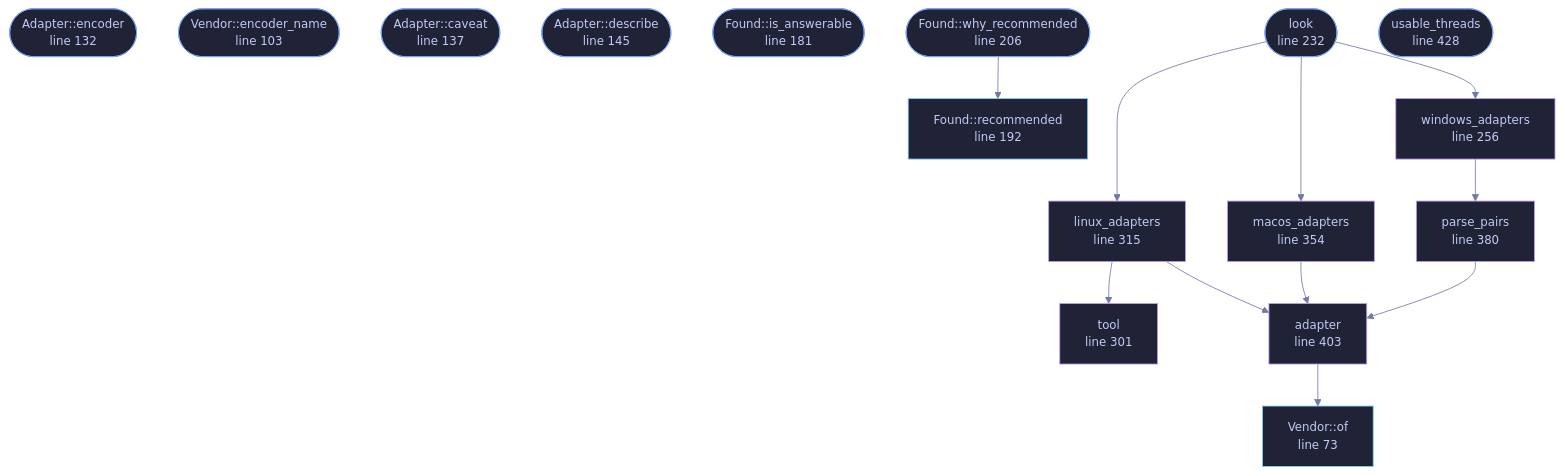
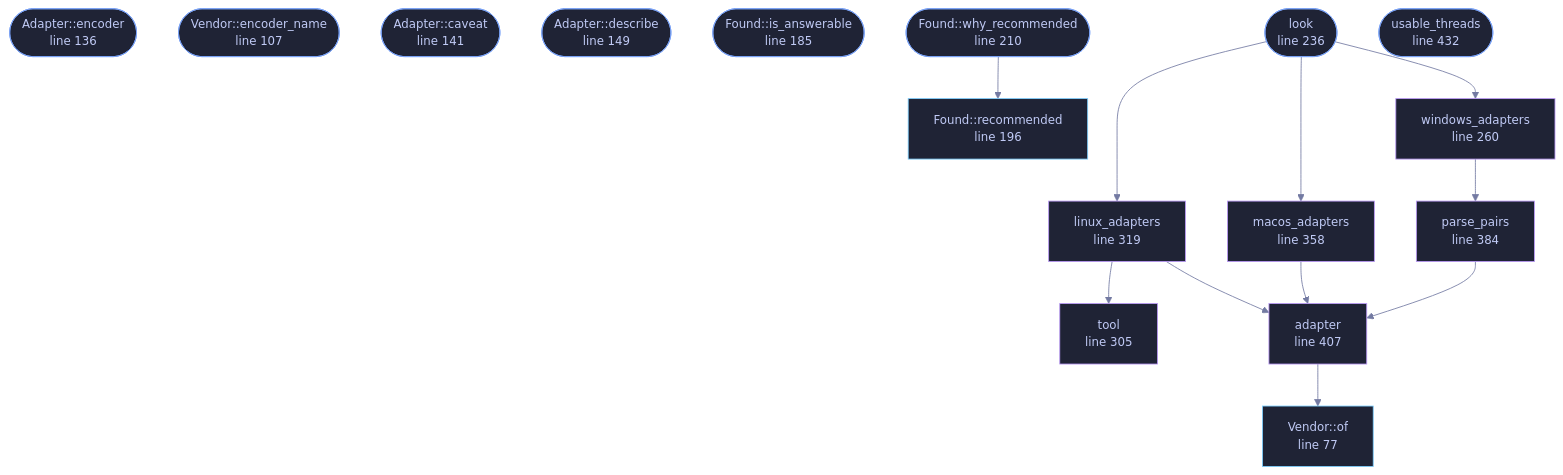
One commit to tilas01/veilvoice changed the diagram in docs/files/veilvoice-video/accel.md. Above: the diagram before and after it, drawn with Mermaid. The commit also changed other lines of this file and 38 other files, not shown here.

````diff
--- a/docs/files/veilvoice-video/accel.md
+++ b/docs/files/veilvoice-video/accel.md
@@ -119,54 +119,54 @@
 ```mermaid
 %%{init: {"theme":"base","themeVariables":{"background":"#1a1b26","primaryColor":"#1f2335","primaryTextColor":"#c0caf5","primaryBorderColor":"#7aa2f7","secondaryColor":"#16161e","tertiaryColor":"#16161e","lineColor":"#737aa2","textColor":"#c0caf5","mainBkg":"#1f2335","nodeBorder":"#7aa2f7","clusterBkg":"#16161e","clusterBorder":"#2f3549","fontFamily":"ui-monospace, SFMono-Regular, Consolas, monospace","fontSize":"14px"}}}%%
 flowchart TD
-    n_of["Vendor::of<br/>line 73"]
-    n_encoder(["Vendor::encoder<br/>line 92"])
-    n_encoder_name(["Vendor::encoder_name<br/>line 103"])
-    n_encoder(["Adapter::encoder<br/>line 132"])
-    n_caveat(["Adapter::caveat<br/>line 137"])
-    n_describe(["Adapter::describe<br/>line 145"])
-    n_is_answerable(["Found::is_answerable<br/>line 181"])
-    n_recommended["Found::recommended<br/>line 192"]
-    n_why_recommended(["Found::why_recommended<br/>line 206"])
-    n_look(["look<br/>line 232"])
-    n_windows_adapters["windows_adapters<br/>line 256"]
-    n_tool["tool<br/>line 301"]
-    n_linux_adapters["linux_adapters<br/>line 315"]
-    n_macos_adapters["macos_adapters<br/>line 354"]
-    n_parse_pairs["parse_pairs<br/>line 380"]
-    n_adapter["adapter<br/>line 403"]
-    n_usable_threads(["usable_threads<br/>line 428"])
+    n_of["Vendor::of<br/>line 77"]
+    n_encoder(["Vendor::encoder<br/>line 96"])
+    n_encoder_name(["Vendor::encoder_name<br/>line 107"])
+    n_encoder(["Adapter::encoder<br/>line 136"])
+    n_caveat(["Adapter::caveat<br/>line 141"])
+    n_describe(["Adapter::describe<br/>line 149"])
+    n_is_answerable(["Found::is_answerable<br/>line 185"])
+    n_recommended["Found::recommended<br/>line 196"]
+    n_why_recommended(["Found::why_recommended<br/>line 210"])
+    n_look(["look<br/>line 236"])
+    n_windows_adapters["windows_adapters<br/>line 260"]
+    n_tool["tool<br/>line 305"]
+    n_linux_adapters["linux_adapters<br/>line 319"]
+    n_macos_adapters["macos_adapters<br/>line 358"]
+    n_parse_pairs["parse_pairs<br/>line 384"]
+    n_adapter["adapter<br/>line 407"]
+    n_usable_threads(["usable_threads<br/>line 432"])
     n_adapter --> n_of
     n_linux_adapters --> n_adapter
     n_linux_adapters --> n_tool
     n_look --> n_linux_adapters
     n_look --> n_macos_adapters
     n_look --> n_windows_adapters
     n_macos_adapters --> n_adapter
     n_parse_pairs --> n_adapter
     n_why_recommended --> n_recommended
     n_windows_adapters --> n_parse_pairs
-    click n_of href "https://github.com/tilas01/veilvoice/blob/main/crates/veilvoice-video/src/accel.rs#L73" "open the source"
-    click n_encoder href "https://github.com/tilas01/veilvoice/blob/main/crates/veilvoice-video/src/accel.rs#L92" "open the source"
-    click n_encoder_name href "https://github.com/tilas01/veilvoice/blob/main/crates/veilvoice-video/src/accel.rs#L103" "open the source"
-    click n_encoder href "https://github.com/tilas01/veilvoice/blob/main/crates/veilvoice-video/src/accel.rs#L132" "open the source"
-    click n_caveat href "https://github.com/tilas01/veilvoice/blob/main/crates/veilvoice-video/src/accel.rs#L137" "open the source"
-    click n_describe href "https://github.com/tilas01/veilvoice/blob/main/crates/veilvoice-video/src/accel.rs#L145" "open the source"
-    click n_is_answerable href "https://github.com/tilas01/veilvoice/blob/main/crates/veilvoice-video/src/accel.rs#L181" "open the source"
-    click n_recommended href "https://github.com/tilas01/veilvoice/blob/main/crates/veilvoice-video/src/accel.rs#L192" "open the source"
-    click n_why_recommended href "https://github.com/tilas01/veilvoice/blob/main/crates/veilvoice-video/src/accel.rs#L206" "open the source"
-    click n_look href "https://github.com/tilas01/veilvoice/blob/main/crates/veilvoice-video/src/accel.rs#L232" "open the source"
-    click n_windows_adapters href "https://github.com/tilas01/veilvoice/blob/main/crates/veilvoice-video/src/accel.rs#L256" "open the source"
-    click n_tool href "https://github.com/tilas01/veilvoice/blob/main/crates/veilvoice-video/src/accel.rs#L301" "open the source"
-    click n_linux_adapters href "https://github.com/tilas01/veilvoice/blob/main/crates/veilvoice-video/src/accel.rs#L315" "open the source"
-    click n_macos_adapters href "https://github.com/tilas01/veilvoice/blob/main/crates/veilvoice-video/src/accel.rs#L354" "open the source"
-    click n_parse_pairs href "https://github.com/tilas01/veilvoice/blob/main/crates/veilvoice-video/src/accel.rs#L380" "open the source"
-    click n_adapter href "https://github.com/tilas01/veilvoice/blob/main/crates/veilvoice-video/src/accel.rs#L403" "open the source"
-    click n_usable_threads href "https://github.com/tilas01/veilvoice/blob/main/crates/veilvoice-video/src/accel.rs#L428" "open the source"
+    click n_of href "https://github.com/tilas01/veilvoice/blob/main/crates/veilvoice-video/src/accel.rs#L77" "open the source"
+    click n_encoder href "https://github.com/tilas01/veilvoice/blob/main/crates/veilvoice-video/src/accel.rs#L96" "open the source"
+    click n_encoder_name href "https://github.com/tilas01/veilvoice/blob/main/crates/veilvoice-video/src/accel.rs#L107" "open the source"
+    click n_encoder href "https://github.com/tilas01/veilvoice/blob/main/crates/veilvoice-video/src/accel.rs#L136" "open the source"
+    click n_caveat href "https://github.com/tilas01/veilvoice/blob/main/crates/veilvoice-video/src/accel.rs#L141" "open the source"
+    click n_describe href "https://github.com/tilas01/veilvoice/blob/main/crates/veilvoice-video/src/accel.rs#L149" "open the source"
+    click n_is_answerable href "https://github.com/tilas01/veilvoice/blob/main/crates/veilvoice-video/src/accel.rs#L185" "open the source"
+    click n_recommended href "https://github.com/tilas01/veilvoice/blob/main/crates/veilvoice-video/src/accel.rs#L196" "open the source"
+    click n_why_recommended href "https://github.com/tilas01/veilvoice/blob/main/crates/veilvoice-video/src/accel.rs#L210" "open the source"
+    click n_look href "https://github.com/tilas01/veilvoice/blob/main/crates/veilvoice-video/src/accel.rs#L236" "open the source"
+    click n_windows_adapters href "https://github.com/tilas01/veilvoice/blob/main/crates/veilvoice-video/src/accel.rs#L260" "open the source"
+    click n_tool href "https://github.com/tilas01/veilvoice/blob/main/crates/veilvoice-video/src/accel.rs#L305" "open the source"
+    click n_linux_adapters href "https://github.com/tilas01/veilvoice/blob/main/crates/veilvoice-video/src/accel.rs#L319" "open the source"
+    click n_macos_adapters href "https://github.com/tilas01/veilvoice/blob/main/crates/veilvoice-video/src/accel.rs#L358" "open the source"
+    click n_parse_pairs href "https://github.com/tilas01/veilvoice/blob/main/crates/veilvoice-video/src/accel.rs#L384" "open the source"
+    click n_adapter href "https://github.com/tilas01/veilvoice/blob/main/crates/veilvoice-video/src/accel.rs#L407" "open the source"
+    click n_usable_threads href "https://github.com/tilas01/veilvoice/blob/main/crates/veilvoice-video/src/accel.rs#L432" "open the source"
     classDef entry fill:#1f2335,stroke:#7aa2f7,color:#c0caf5
     class n_encoder,n_encoder_name,n_encoder,n_caveat,n_describe,n_is_answerable,n_why_recommended,n_look,n_usable_threads entry
     classDef api fill:#1f2335,stroke:#7dcfff,color:#c0caf5
     class n_of,n_recommended api
     classDef helper fill:#1f2335,stroke:#bb9af7,color:#c0caf5
     class n_windows_adapters,n_tool,n_linux_adapters,n_macos_adapters,n_parse_pairs,n_adapter helper
 ```
````
